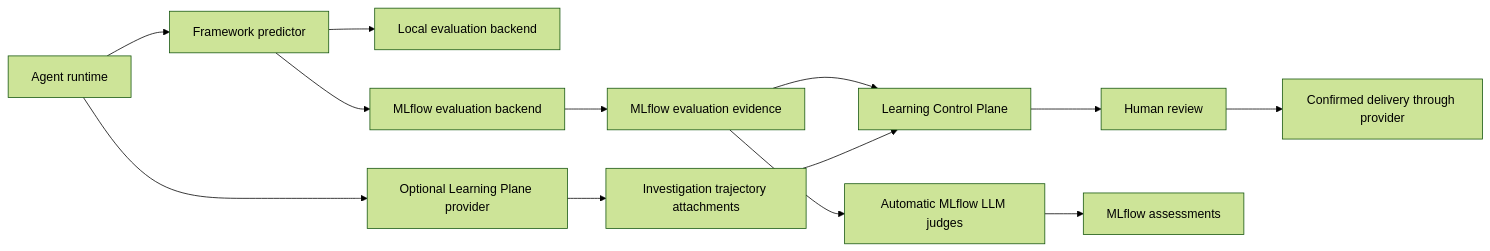
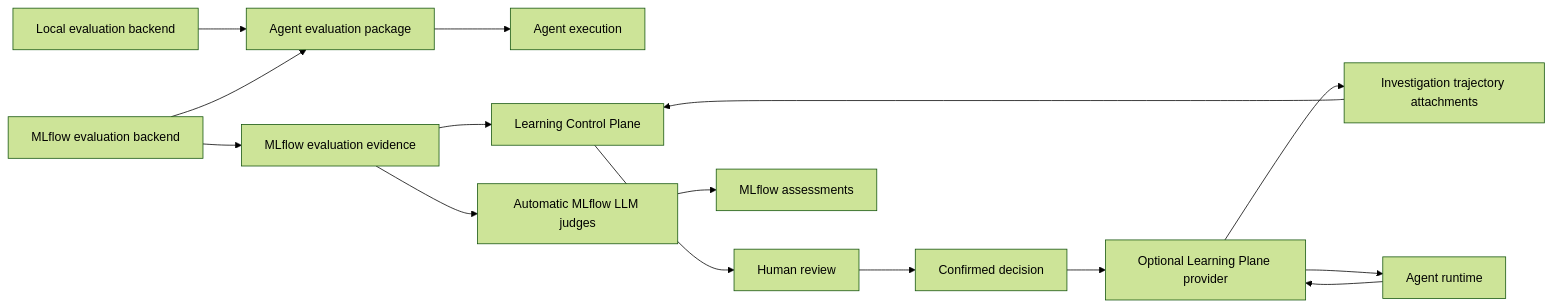
The diagram in docs/proposals/MLFLOW_LEARNING_CONTROL_PLANE_FINAL.md (GMartin-dev/penguiflow), drawn with Mermaid (forest theme) before and after one commit. The commit also changed other lines of this file and 4 other files, not shown here.

Commit message:
Nomenclature update, new info-graphic.

````diff
--- a/docs/proposals/MLFLOW_LEARNING_CONTROL_PLANE_FINAL.md
+++ b/docs/proposals/MLFLOW_LEARNING_CONTROL_PLANE_FINAL.md
@@ -110,15 +111,17 @@
 ```mermaid
 graph LR
-    A[Agent runtime] --> P[Framework predictor]
-    P --> B[Local evaluation backend]
-    P --> E[MLflow evaluation backend]
+    B[Local evaluation backend] --> P[Agent evaluation package]
+    E[MLflow evaluation backend] --> P
+    P --> A[Agent execution]
     E --> M[MLflow evaluation evidence]
-    A --> F[Optional Learning Plane provider]
+    X[Agent runtime] --> F[Optional Learning Plane provider]
     F --> T[Investigation trajectory attachments]
     M --> L[Learning Control Plane]
     T --> L
     M --> J[Automatic MLflow LLM judges]
     L --> H[Human review]
-    H --> C[Confirmed delivery through provider]
+    H --> C[Confirmed decision]
+    C --> F
+    F --> X
     J --> R[MLflow assessments]
 ```
````
